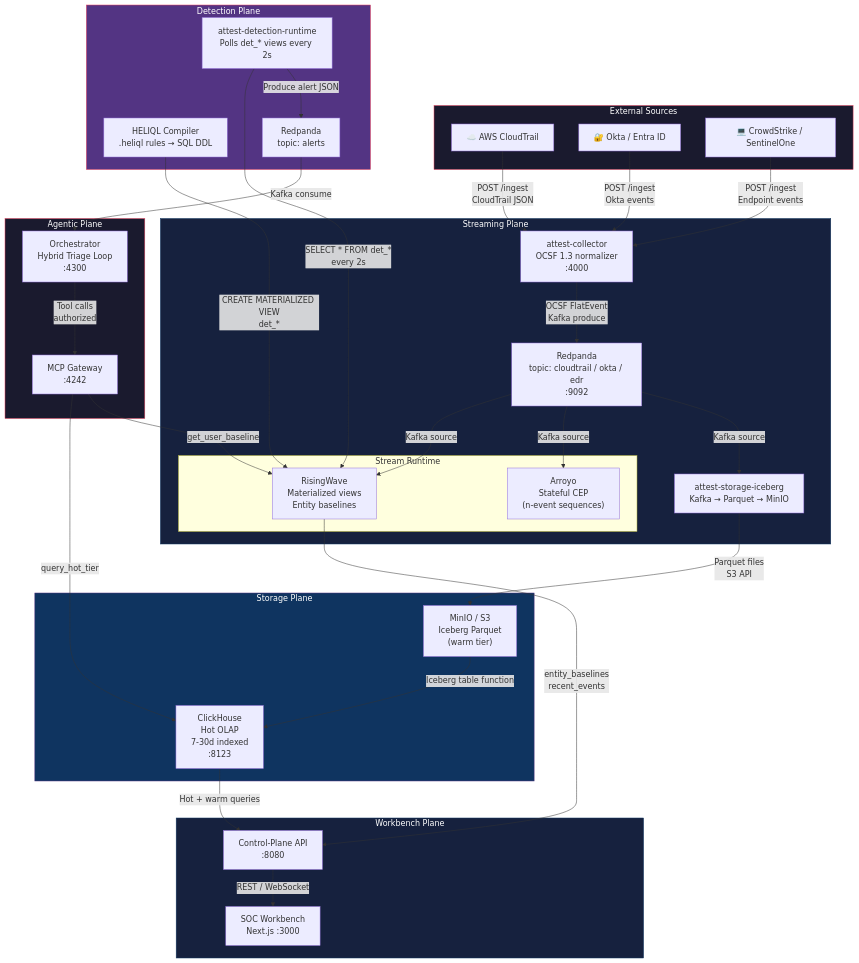
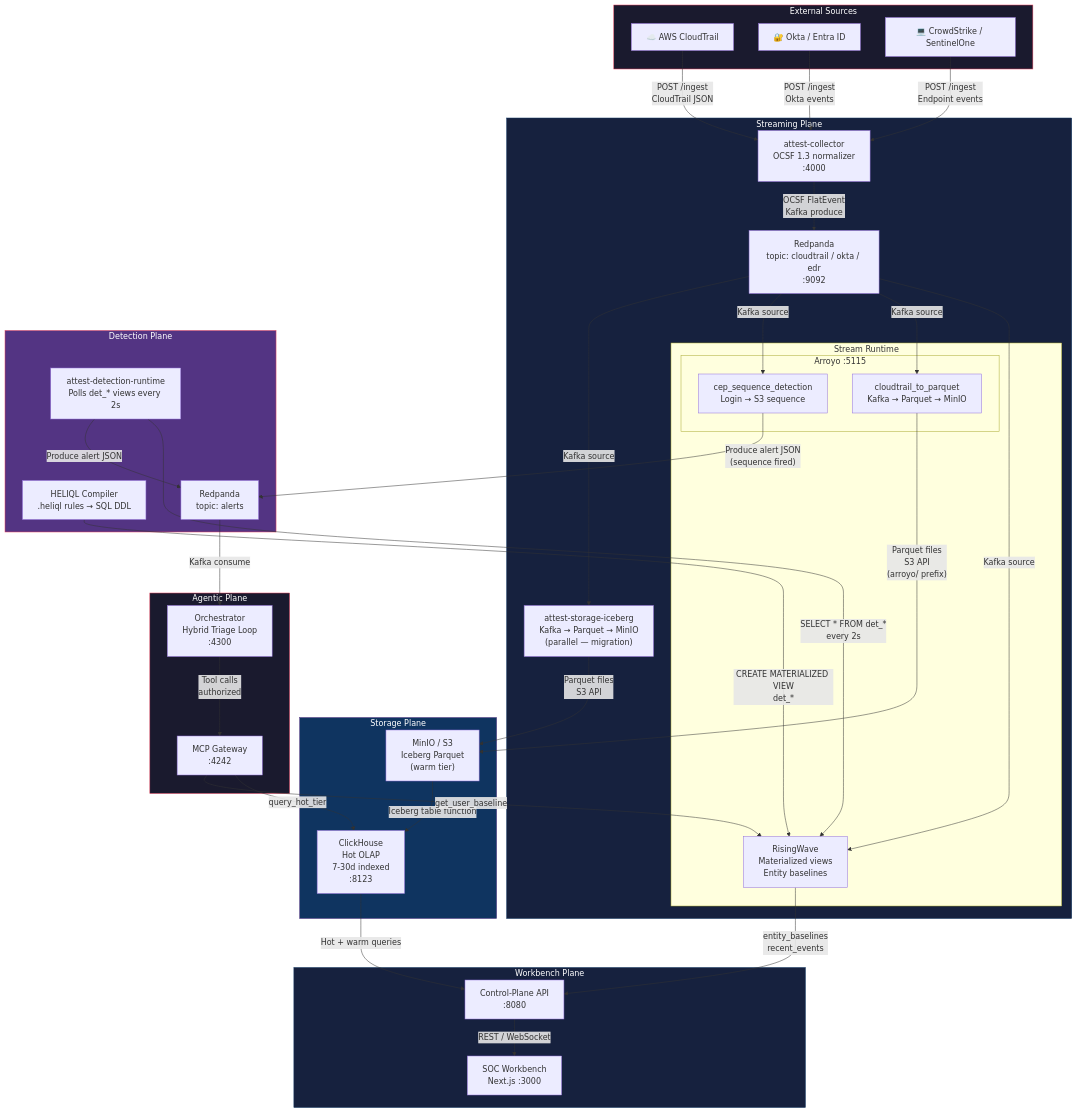
Before and after one commit to mhomaid/attest: the third of 12 diagrams in docs/03_Architecture_Diagrams.md, drawn with Mermaid. The commit also changed other lines of this file and 7 other files, not shown here.

````diff
--- a/docs/03_Architecture_Diagrams.md
+++ b/docs/03_Architecture_Diagrams.md
@@ -141,75 +141,81 @@
 ```mermaid
 flowchart TD
     subgraph Sources["External Sources"]
         CT["☁️ AWS CloudTrail"]
         OK["🔐 Okta / Entra ID"]
         EDR["💻 CrowdStrike / SentinelOne"]
     end
 
     subgraph StreamingPlane["Streaming Plane"]
         COL["attest-collector\nOCSF 1.3 normalizer\n:4000"]
         RP["Redpanda\ntopic: cloudtrail / okta / edr\n:9092"]
 
         subgraph StreamRuntime["Stream Runtime"]
             RW["RisingWave\nMaterialized views\nEntity baselines"]
-            ARR["Arroyo\nStateful CEP\n(n-event sequences)"]
+            subgraph ArroyoSvc["Arroyo :5115"]
+                ARR_ETL["cloudtrail_to_parquet\nKafka → Parquet → MinIO"]
+                ARR_CEP["cep_sequence_detection\nLogin → S3 sequence"]
+            end
         end
 
-        IW["attest-storage-iceberg\nKafka → Parquet → MinIO"]
+        IW["attest-storage-iceberg\nKafka → Parquet → MinIO\n(parallel — migration)"]
     end
 
     subgraph StoragePlane["Storage Plane"]
         MINIO["MinIO / S3\nIceberg Parquet\n(warm tier)"]
         CH["ClickHouse\nHot OLAP\n7-30d indexed\n:8123"]
     end
 
     subgraph DetectionPlane["Detection Plane"]
         HELIQL["HELIQL Compiler\n.heliql rules → SQL DDL"]
         DR["attest-detection-runtime\nPolls det_* views every 2s"]
         ALERTS["Redpanda\ntopic: alerts"]
     end
 
     subgraph AgenticPlane["Agentic Plane"]
         ORCH["Orchestrator\nHybrid Triage Loop\n:4300"]
         MCP["MCP Gateway\n:4242"]
     end
 
     subgraph WorkbenchPlane["Workbench Plane"]
         API["Control-Plane API\n:8080"]
         UI["SOC Workbench\nNext.js :3000"]
     end
 
     CT -->|"POST /ingest\nCloudTrail JSON"| COL
     OK -->|"POST /ingest\nOkta events"| COL
     EDR -->|"POST /ingest\nEndpoint events"| COL
 
     COL -->|"OCSF FlatEvent\nKafka produce"| RP
 
     RP -->|"Kafka source"| RW
-    RP -->|"Kafka source"| ARR
+    RP -->|"Kafka source"| ARR_ETL
+    RP -->|"Kafka source"| ARR_CEP
     RP -->|"Kafka source"| IW
 
     IW -->|"Parquet files\nS3 API"| MINIO
+    ARR_ETL -->|"Parquet files\nS3 API\n(arroyo/ prefix)"| MINIO
+    ARR_CEP -->|"Produce alert JSON\n(sequence fired)"| ALERTS
 
     HELIQL -->|"CREATE MATERIALIZED VIEW\ndet_*"| RW
     DR -->|"SELECT * FROM det_*\nevery 2s"| RW
     DR -->|"Produce alert JSON"| ALERTS
 
     ALERTS -->|"Kafka consume"| ORCH
 
     RW -->|"entity_baselines\nrecent_events"| API
     MINIO -->|"Iceberg table function"| CH
     CH -->|"Hot + warm queries"| API
     API -->|"REST / WebSocket"| UI
 
     ORCH -->|"Tool calls\nauthorized"| MCP
     MCP -->|"query_hot_tier"| CH
     MCP -->|"get_user_baseline"| RW
 
     style Sources fill:#1a1a2e,stroke:#e94560,color:#fff
     style StreamingPlane fill:#16213e,stroke:#0f3460,color:#fff
     style StoragePlane fill:#0f3460,stroke:#533483,color:#fff
     style DetectionPlane fill:#533483,stroke:#e94560,color:#fff
     style AgenticPlane fill:#1a1a2e,stroke:#e94560,color:#fff
     style WorkbenchPlane fill:#16213e,stroke:#0f3460,color:#fff
 ```
````
